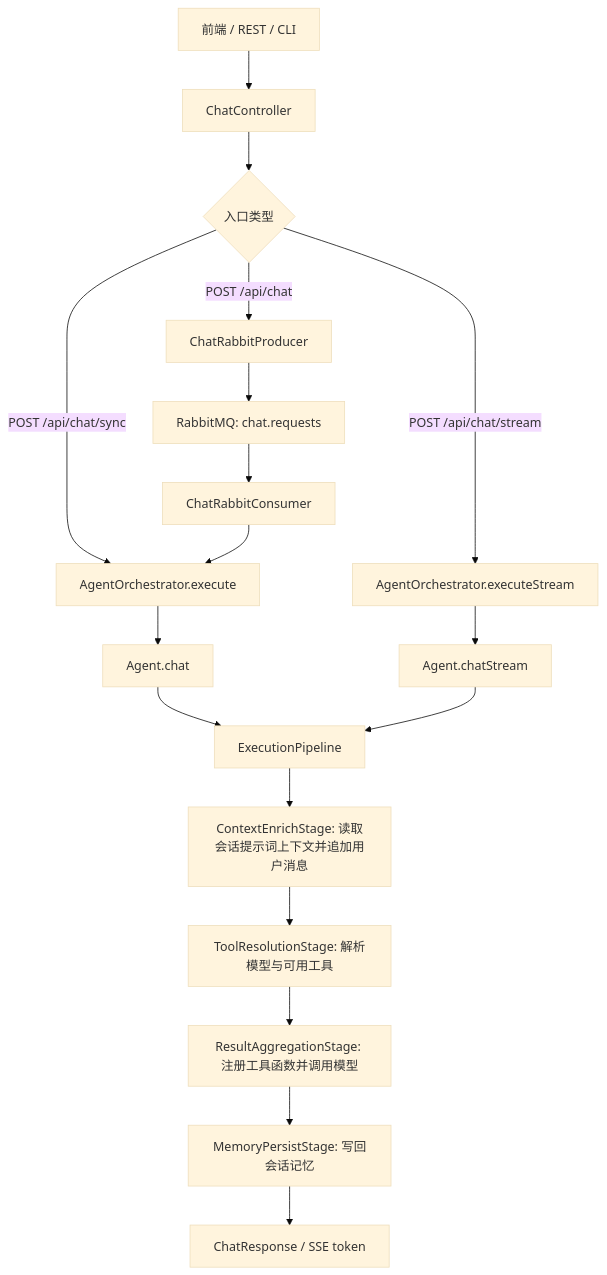
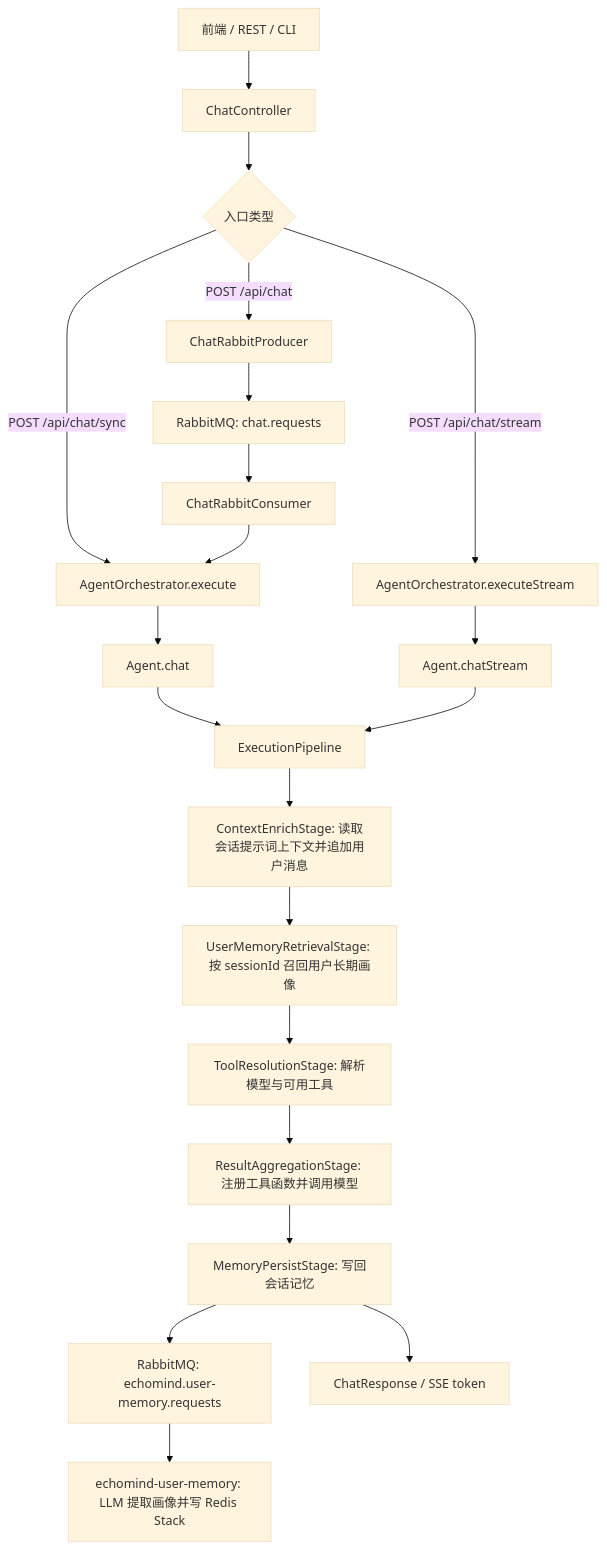
Before and after one commit to kaiyue-ai/EchoMind: the second of 4 diagrams in README.md, drawn with Mermaid (base theme). The commit also changed other lines of this file and 113 other files, not shown here.

Commit message:
feat: add user memory pipeline and deployment updates

````diff
--- a/README.md
+++ b/README.md
@@ -68,20 +74,23 @@
 ```mermaid
 flowchart TD
     A["前端 / REST / CLI"] --> B["ChatController"]
     B --> C{"入口类型"}
     C -->|"POST /api/chat/sync"| D["AgentOrchestrator.execute"]
     C -->|"POST /api/chat"| E["ChatRabbitProducer"]
     E --> F["RabbitMQ: chat.requests"]
     F --> G["ChatRabbitConsumer"]
     G --> D
     C -->|"POST /api/chat/stream"| H["AgentOrchestrator.executeStream"]
     D --> I["Agent.chat"]
     H --> J["Agent.chatStream"]
     I --> K["ExecutionPipeline"]
     J --> K
     K --> L["ContextEnrichStage: 读取会话提示词上下文并追加用户消息"]
-    L --> M["ToolResolutionStage: 解析模型与可用工具"]
+    L --> U["UserMemoryRetrievalStage: 按 sessionId 召回用户长期画像"]
+    U --> M["ToolResolutionStage: 解析模型与可用工具"]
     M --> O["ResultAggregationStage: 注册工具函数并调用模型"]
     O --> P["MemoryPersistStage: 写回会话记忆"]
+    P --> R["RabbitMQ: echomind.user-memory.requests"]
+    R --> S["echomind-user-memory: LLM 提取画像并写 Redis Stack"]
     P --> Q["ChatResponse / SSE token"]
 ```
````
